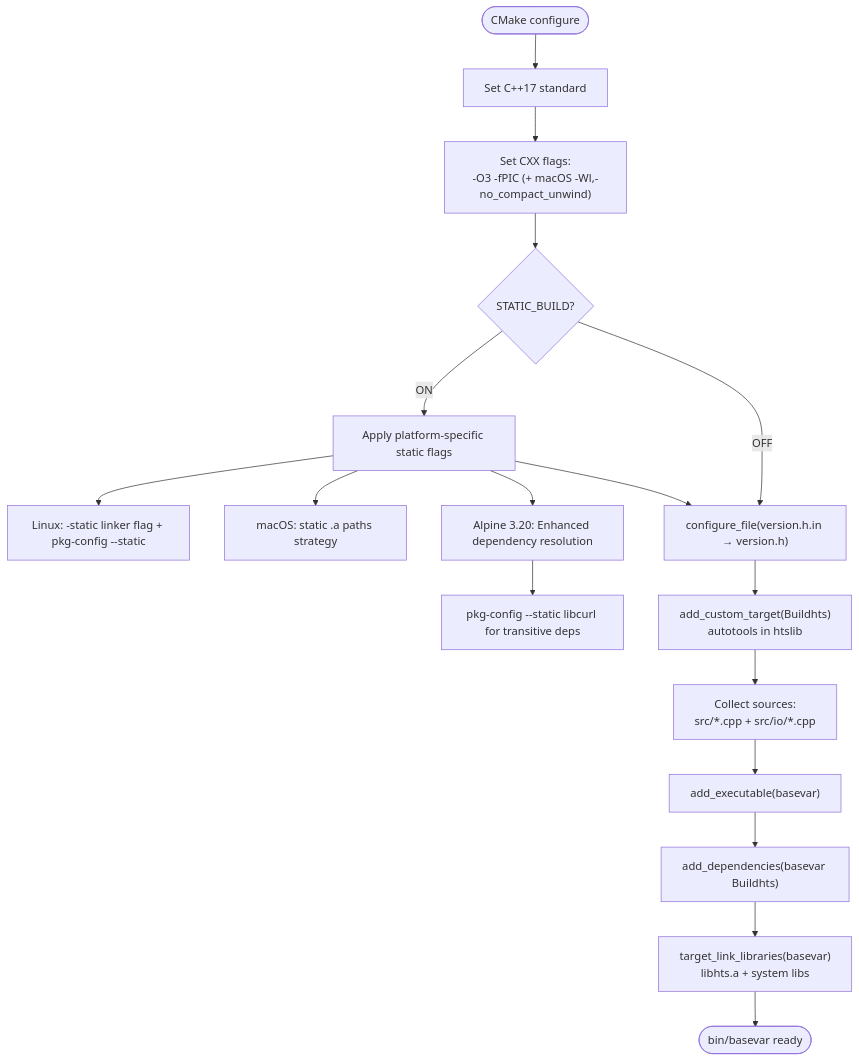
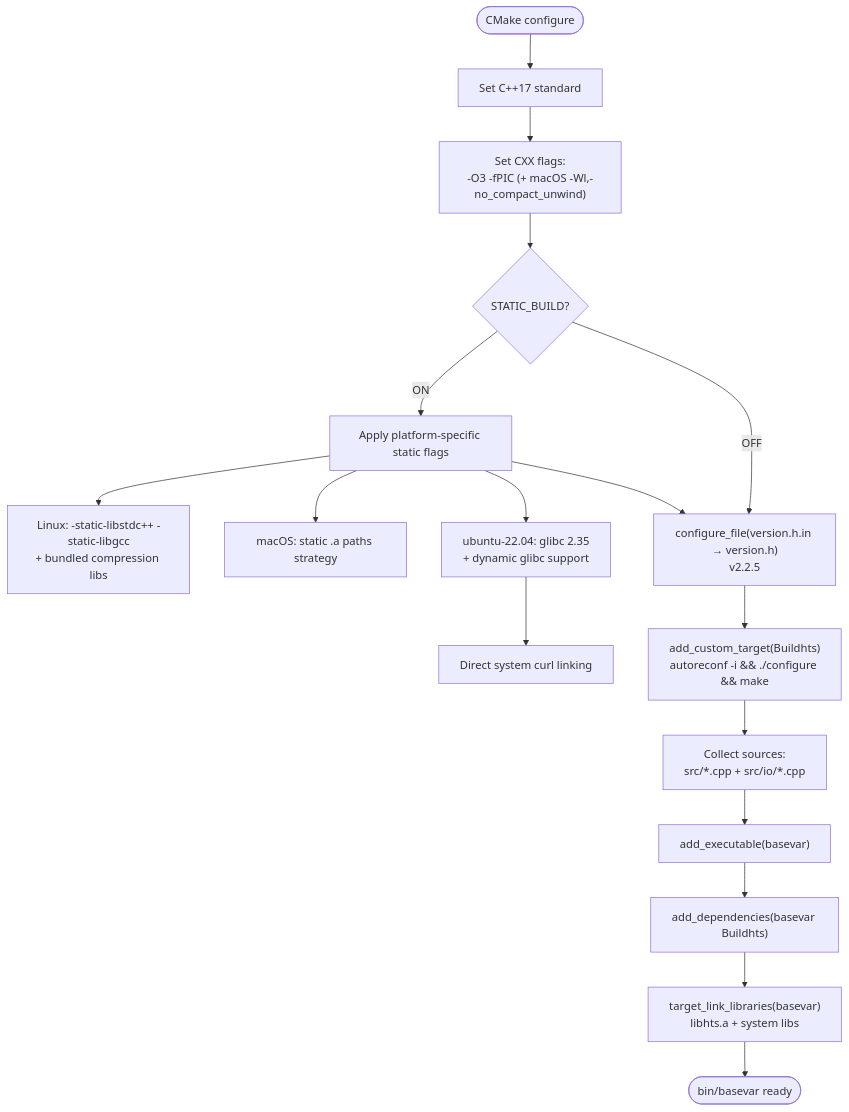
The third of 8 diagrams in .qoder/repowiki/en/content/Build System and Configuration.md (ShujiaHuang/BaseVar2), drawn with Mermaid before and after one commit. The commit also changed other lines of this file and 5 other files, not shown here.

````diff
--- a/.qoder/repowiki/en/content/Build System and Configuration.md
+++ b/.qoder/repowiki/en/content/Build System and Configuration.md
@@ -167,19 +178,19 @@
 ```mermaid
 flowchart TD
 Start(["CMake configure"]) --> Std["Set C++17 standard"]
 Std --> Flags["Set CXX flags:<br/>-O3 -fPIC (+ macOS -Wl,-no_compact_unwind)"]
 Flags --> StaticCheck{"STATIC_BUILD?"}
 StaticCheck --> |ON| StaticCfg["Apply platform-specific static flags"]
-StaticCheck --> |OFF| VerHdr["configure_file(version.h.in → version.h)"]
-StaticCfg --> LinuxStatic["Linux: -static linker flag + pkg-config --static"]
+StaticCheck --> |OFF| VerHdr["configure_file(version.h.in → version.h)<br/>v2.2.5"]
+StaticCfg --> LinuxStatic["Linux: -static-libstdc++ -static-libgcc<br/>+ bundled compression libs"]
 StaticCfg --> MacStatic["macOS: static .a paths strategy"]
-StaticCfg --> Alpine["Alpine 3.20: Enhanced dependency resolution"]
+StaticCfg --> Ubuntu2204["ubuntu-22.04: glibc 2.35<br/>+ dynamic glibc support"]
 StaticCfg --> VerHdr
-Alpine --> CurlFlags["pkg-config --static libcurl for transitive deps"]
-VerHdr --> HTSBuild["add_custom_target(Buildhts)<br/>autotools in htslib"]
+Ubuntu2204 --> CurlFlags["Direct system curl linking"]
+VerHdr --> HTSBuild["add_custom_target(Buildhts)<br/>autoreconf -i && ./configure && make"]
 HTSBuild --> Srcs["Collect sources:<br/>src/*.cpp + src/io/*.cpp"]
 Srcs --> Exec["add_executable(basevar)"]
 Exec --> Deps["add_dependencies(basevar Buildhts)"]
 Deps --> Link["target_link_libraries(basevar)<br/>libhts.a + system libs"]
 Link --> End(["bin/basevar ready"])
 ```
````
